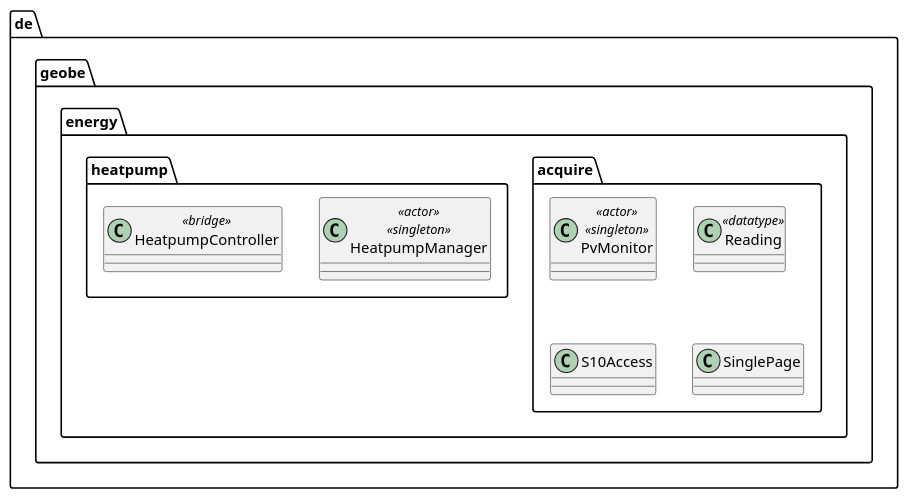
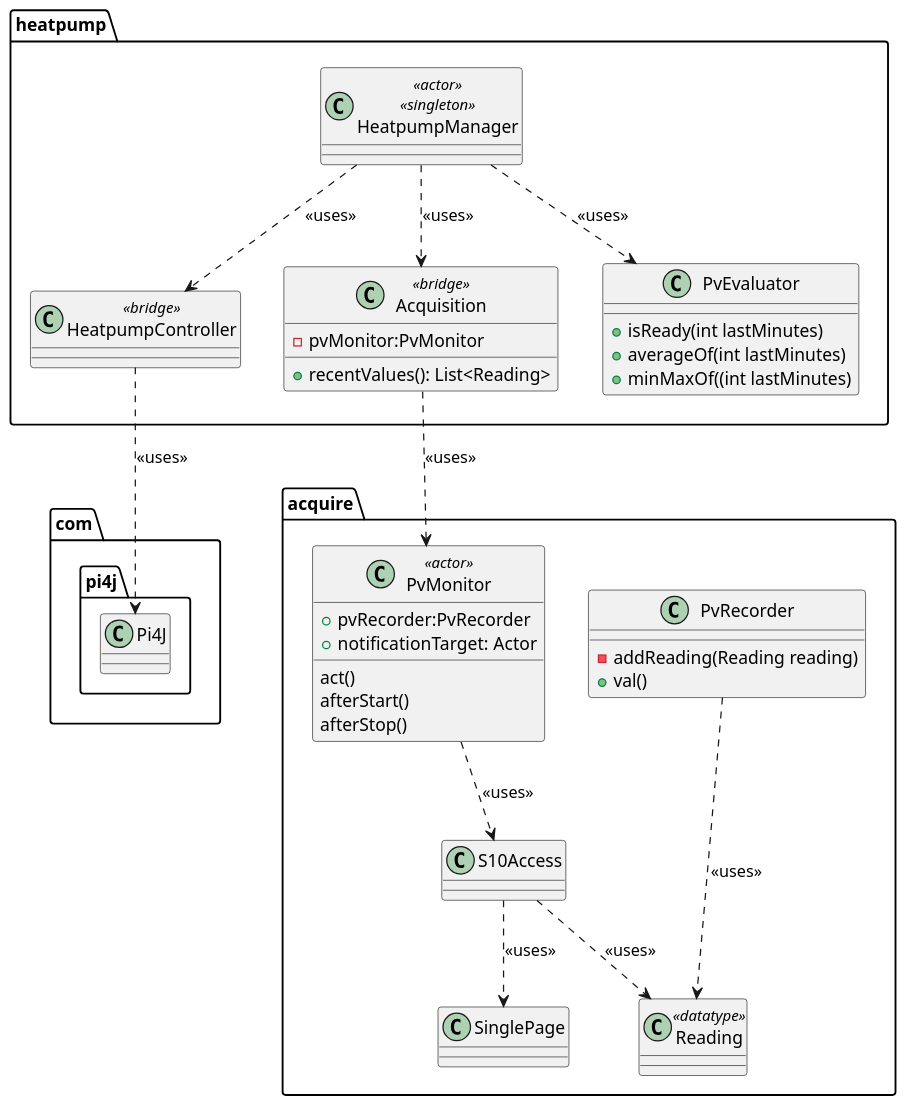
The diagram in src/main/resources/energy.puml (geobe/heatpumpcontrol), drawn with PlantUML before and after one commit. The commit also changed 6 other files, not shown here.

```diff
--- a/src/main/resources/energy.puml
+++ b/src/main/resources/energy.puml
@@ -1,18 +1,57 @@
 @startuml
+
 scale 900 width
 'https://plantuml.com/class-diagram
-package de.geobe.energy {
+    package com.pi4j{
+        class Pi4J
+    }
+
+'package de.geobe.energy {'
+    package heatpump{
+            class HeatpumpController <<bridge>>
+        together {
+        class HeatpumpManager <<actor>><<singleton>>{}
+            class Acquisition <<bridge>>{
+                - pvMonitor:PvMonitor
+                + recentValues(): List<Reading>
+            }
+            class PvEvaluator{
+                + isReady(int lastMinutes)
+                + averageOf(int lastMinutes)
+                + minMaxOf((int lastMinutes)
+            }
+        }
+    }
+
     package acquire {
-        class PvMonitor <<actor>><<singleton>>{}
-        class Reading <<datatype>>{}
-        class S10Access{}
+        together {
+            class PvMonitor<<actor>>{
+                + pvRecorder:PvRecorder
+                + notificationTarget: Actor
+                act()
+                afterStart()
+                afterStop()
+
+            }
+            class PvRecorder {
+                - addReading(Reading reading)
+                + val()
+            }
+        }
+        class S10Access{ }
         class SinglePage{}
+        PvMonitor ..> S10Access: <<uses>>
+        S10Access ..> SinglePage: <<uses>>
+        S10Access ..> Reading: <<uses>>
+        PvRecorder ..> Reading: <<uses>>
+        class Reading <<datatype>>
     }
-}
-
-package de.geobe.energy.heatpump{
-    class HeatpumpManager <<actor>><<singleton>>{}
-    class HeatpumpController <<bridge>>
-}
+    HeatpumpManager ..> PvEvaluator:<<uses>>
+    HeatpumpManager ..> HeatpumpController:<<uses>>
+    HeatpumpManager ..> Acquisition:<<uses>>
+    Acquisition ..> PvMonitor:<<uses>>
+    PvEvaluator -[hidden]- PvRecorder
+    HeatpumpController .d.> Pi4J:<<uses>>
+'}'
 
 @enduml
```
